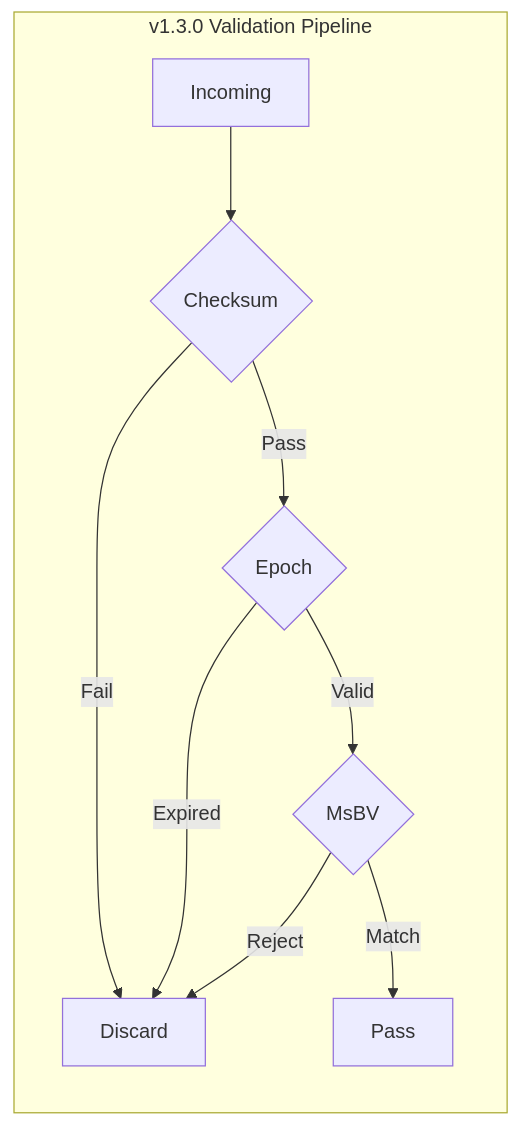
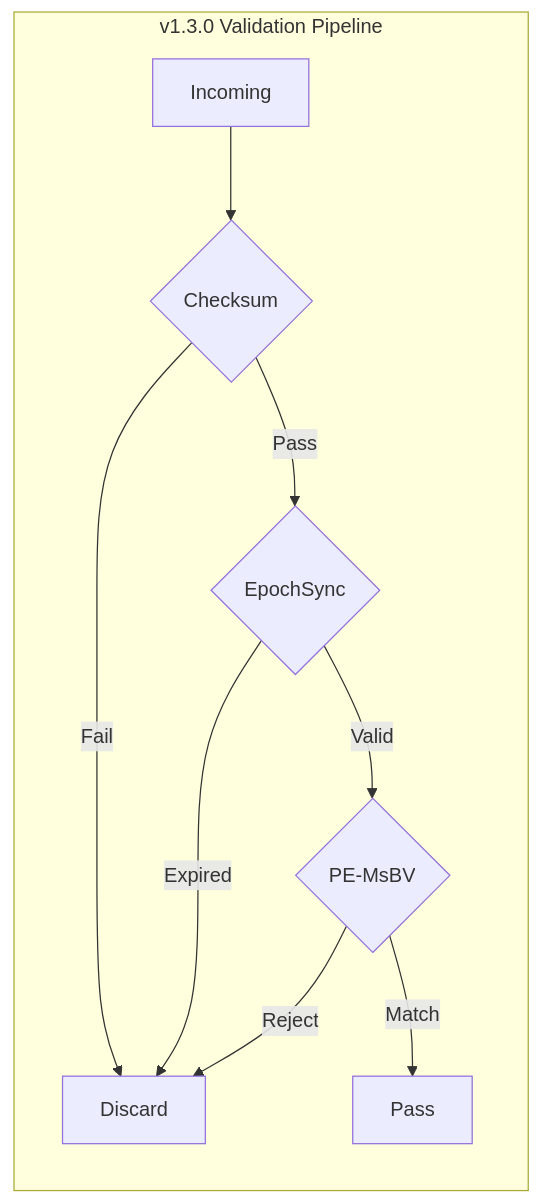
The diagram in docs/White_Paper.md (joy7758/pFDO-Specification), drawn with Mermaid before and after one commit. The commit also changed other lines of this file and 4 other files, not shown here.

````diff
--- a/docs/White_Paper.md
+++ b/docs/White_Paper.md
@@ -53,12 +55,12 @@
 ```mermaid
 flowchart LR
     subgraph Pipeline["v1.3.0 Validation Pipeline"]
     A[Incoming] --> B{Checksum}
-    B -- Pass --> C{Epoch}
+    B -- Pass --> C{EpochSync}
     B -- Fail --> F[Discard]
-    C -- Valid --> D{MsBV}
+    C -- Valid --> D{PE-MsBV}
     C -- Expired --> F
     D -- Match --> E[Pass]
     D -- Reject --> F
     end
 ```
````
